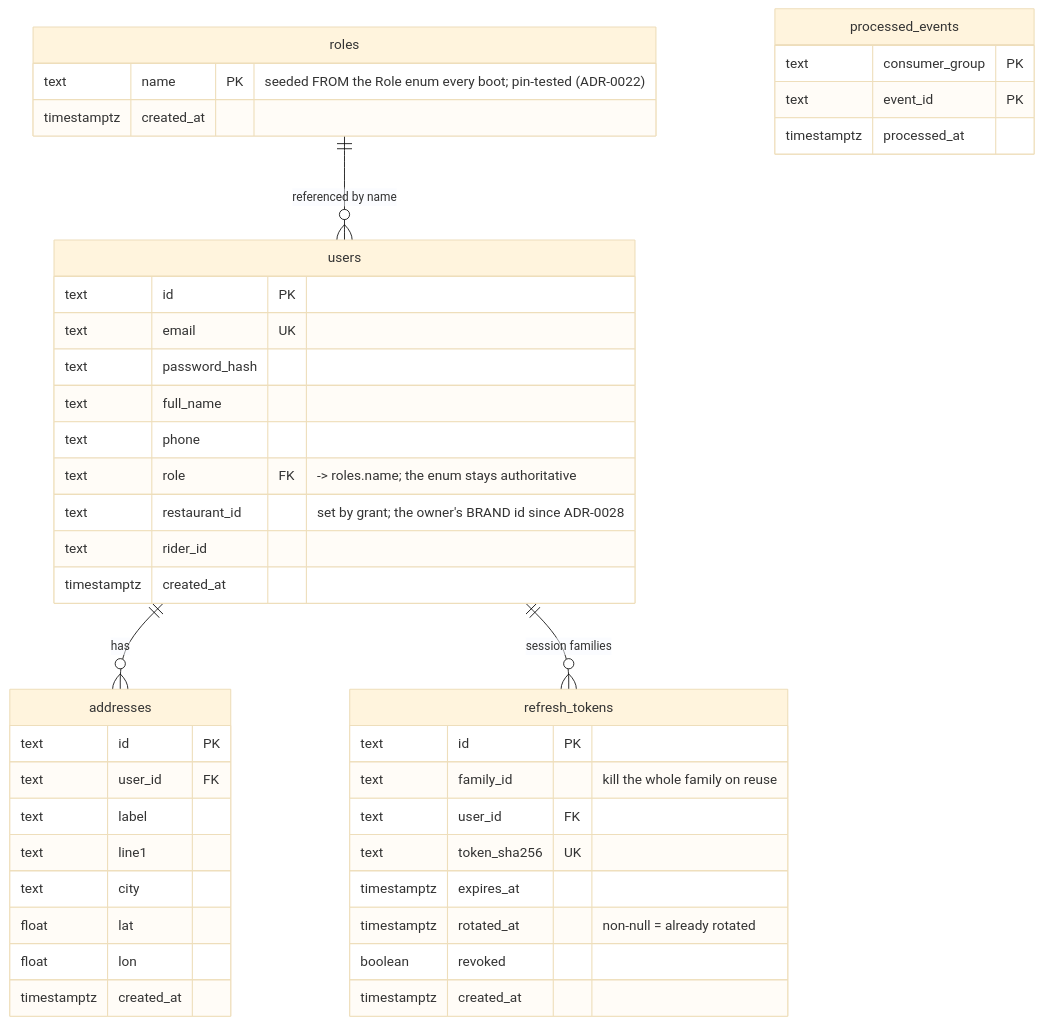
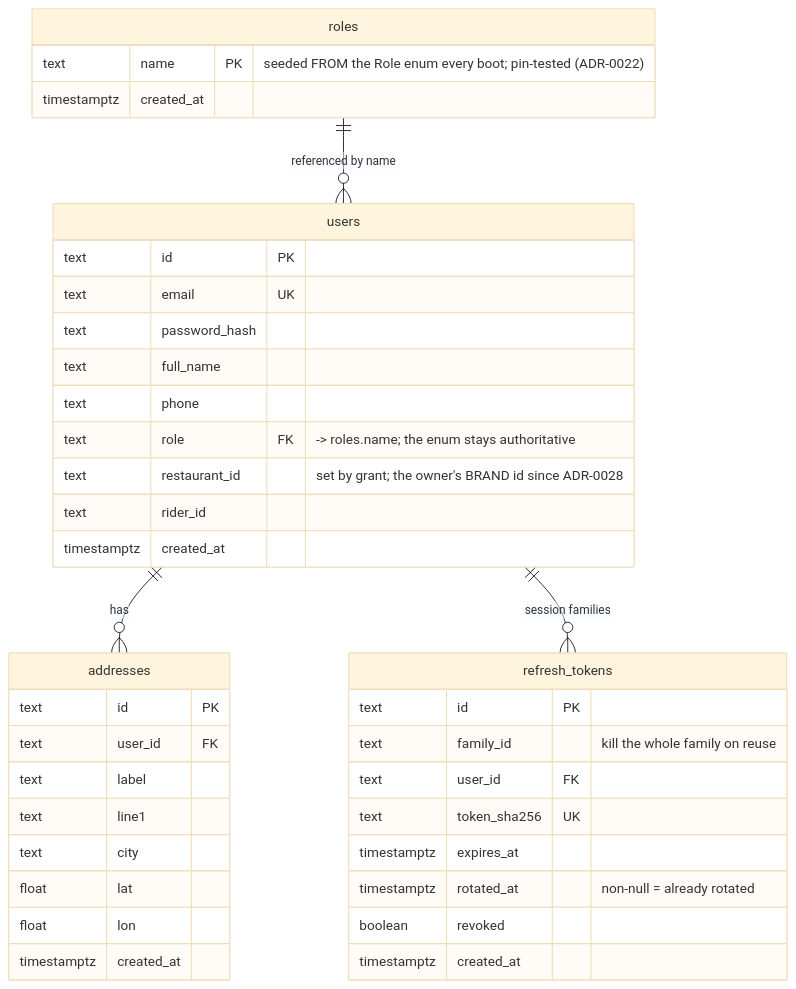
Before and after one commit to Aizazahmed-7/SmartFoodOps: the first of 7 diagrams in docs/erd.md, drawn with Mermaid (base theme). The commit also changed other lines of this file, not shown here.

Commit message:
remove porcced events

````diff
--- a/docs/erd.md
+++ b/docs/erd.md
@@ -9,46 +9,41 @@
 ```mermaid
 erDiagram
     roles {
         text name PK "seeded FROM the Role enum every boot; pin-tested (ADR-0022)"
         timestamptz created_at
     }
     users {
         text id PK
         text email UK
         text password_hash
         text full_name
         text phone
         text role FK "-> roles.name; the enum stays authoritative"
         text restaurant_id "set by grant; the owner's BRAND id since ADR-0028"
         text rider_id
         timestamptz created_at
     }
     addresses {
         text id PK
         text user_id FK
         text label
         text line1
         text city
         float lat
         float lon
         timestamptz created_at
     }
     refresh_tokens {
         text id PK
         text family_id "kill the whole family on reuse"
         text user_id FK
         text token_sha256 UK
         timestamptz expires_at
         timestamptz rotated_at "non-null = already rotated"
         boolean revoked
         timestamptz created_at
     }
-    processed_events {
-        text consumer_group PK
-        text event_id PK
-        timestamptz processed_at
-    }
     roles ||--o{ users : "referenced by name"
     users ||--o{ addresses : "has"
     users ||--o{ refresh_tokens : "session families"
 ```
````
